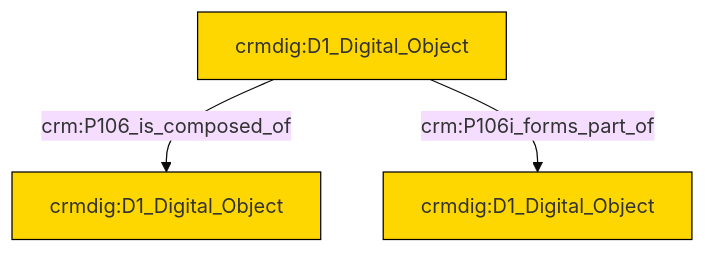
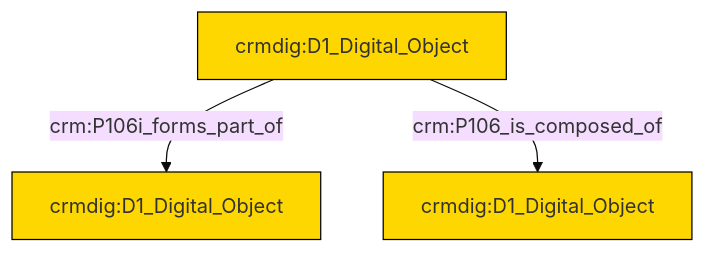
Before and after one commit to swiss-art-research-net/reference-data-models: the diagram in et/doCSV/ttl/mmd/do_parthood.ttl.mmd, drawn with Mermaid (base theme). The commit also changed 146 other files, not shown here.

```diff
--- a/et/doCSV/ttl/mmd/do_parthood.ttl.mmd
+++ b/et/doCSV/ttl/mmd/do_parthood.ttl.mmd
@@ -1,17 +1,17 @@
 graph TD
 classDef Literal fill:#f2f2f2,stroke:#000000;
 classDef CRM_Entity fill:#FFFFFF,stroke:#000000;
 classDef Temporal_Entity fill:#00C9E6, stroke:#000000;
 classDef Type fill:#E18312, stroke:#000000;
 classDef Time-Span fill:#2C9C91, stroke:#000000;
 classDef Appellation fill:#FFEB7F, stroke:#000000;
 classDef Place fill:#008836, stroke:#000000;
 classDef Persistent_Item fill:#B266B2, stroke:#000000;
 classDef Conceptual_Object fill:#FFD700, stroke:#000000;
 classDef Physical_Thing fill:#D2B48C, stroke:#000000;
 classDef Actor fill:#f58aad, stroke:#000000;
 classDef PC_Classes fill:#4ce600, stroke:#000000;
 classDef Multi fill:#cccccc,stroke:#000000;
 
-0["crmdig:D1_Digital_Object"]:::Conceptual_Object -->|crm:P106_is_composed_of| 2["crmdig:D1_Digital_Object"]:::Conceptual_Object
-0["crmdig:D1_Digital_Object"]:::Conceptual_Object -->|crm:P106i_forms_part_of| 3["crmdig:D1_Digital_Object"]:::Conceptual_Object
+0["crmdig:D1_Digital_Object"]:::Conceptual_Object -->|crm:P106i_forms_part_of| 1["crmdig:D1_Digital_Object"]:::Conceptual_Object
+0["crmdig:D1_Digital_Object"]:::Conceptual_Object -->|crm:P106_is_composed_of| 3["crmdig:D1_Digital_Object"]:::Conceptual_Object
```
